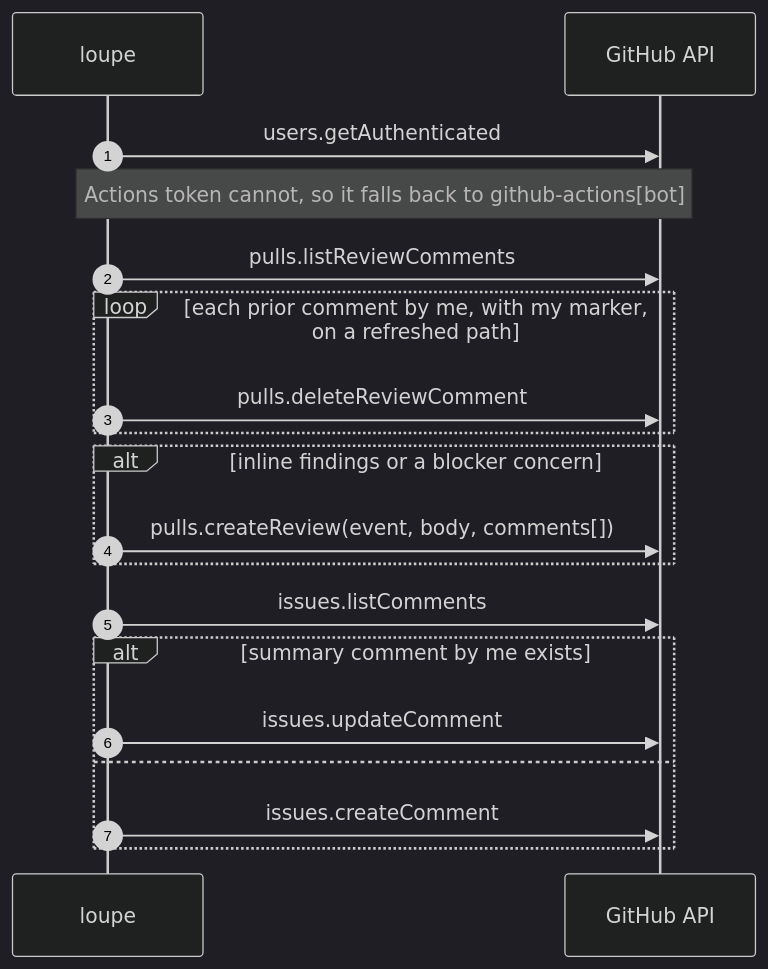
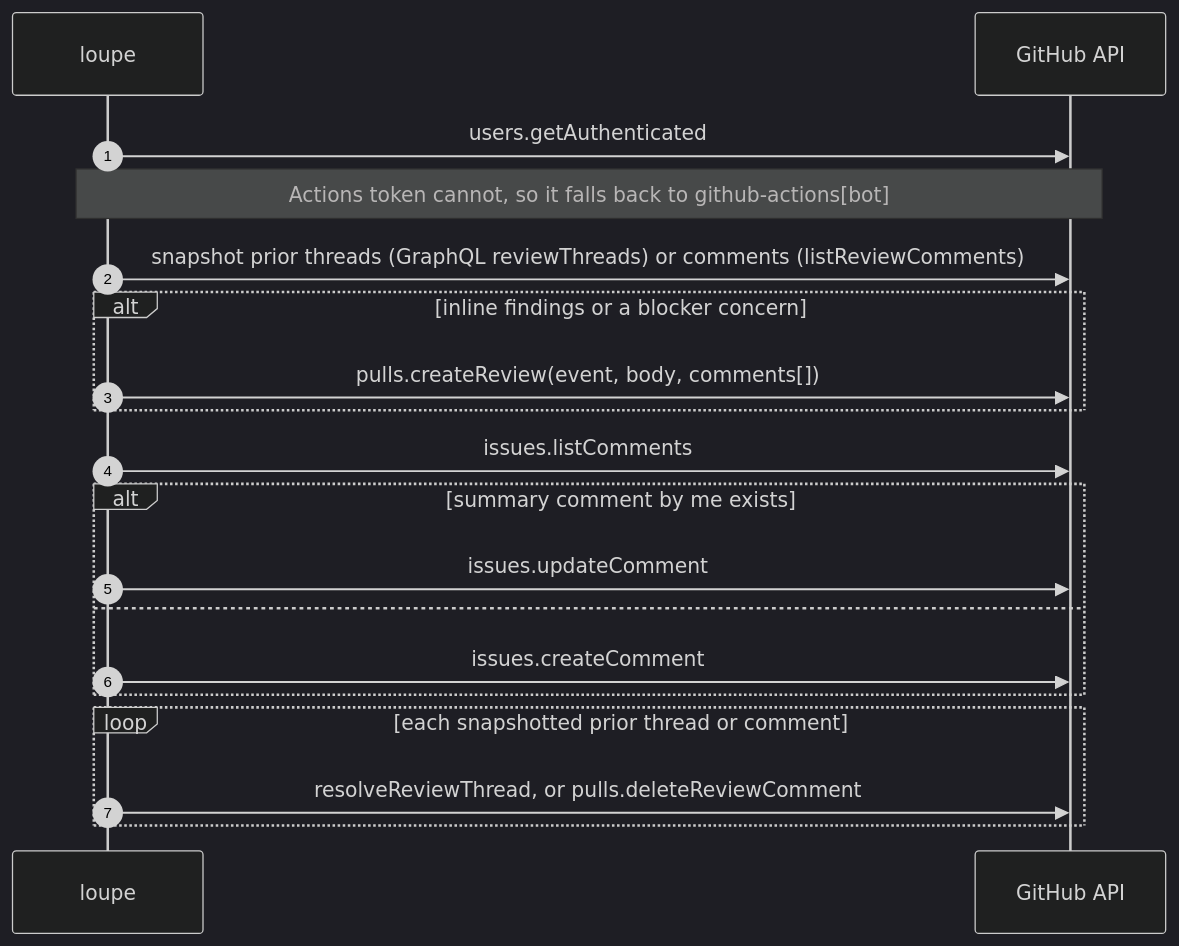
Before and after one commit to context-labs/loupe: the first of 2 diagrams in docs/how-it-works/github-objects.md, drawn with Mermaid (dark theme). The commit also changed other lines of this file and 31 other files, not shown here.

First line of the commit message:
feat: reasoning flag, resolve-not-delete, full-diff context, visible degradation (INF-5290..5295) (#22)

````diff
--- a/docs/how-it-works/github-objects.md
+++ b/docs/how-it-works/github-objects.md
@@ -16,21 +16,21 @@
 ```mermaid
 sequenceDiagram
     autonumber
     participant L as loupe
     participant GH as GitHub API
     L->>GH: users.getAuthenticated
     Note over L,GH: Actions token cannot, so it falls back to github-actions[bot]
-    L->>GH: pulls.listReviewComments
-    loop each prior comment by me, with my marker, on a refreshed path
-        L->>GH: pulls.deleteReviewComment
-    end
+    L->>GH: snapshot prior threads (GraphQL reviewThreads) or comments (listReviewComments)
     alt inline findings or a blocker concern
         L->>GH: pulls.createReview(event, body, comments[])
     end
     L->>GH: issues.listComments
     alt summary comment by me exists
         L->>GH: issues.updateComment
     else
         L->>GH: issues.createComment
     end
+    loop each snapshotted prior thread or comment
+        L->>GH: resolveReviewThread, or pulls.deleteReviewComment
+    end
 ```
````
